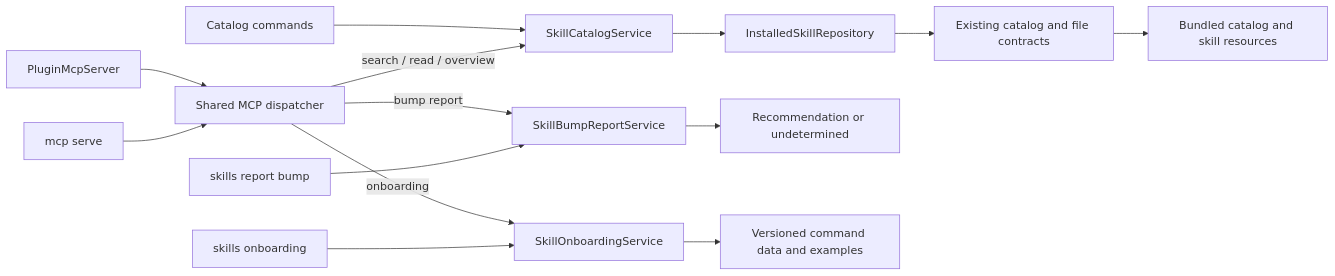
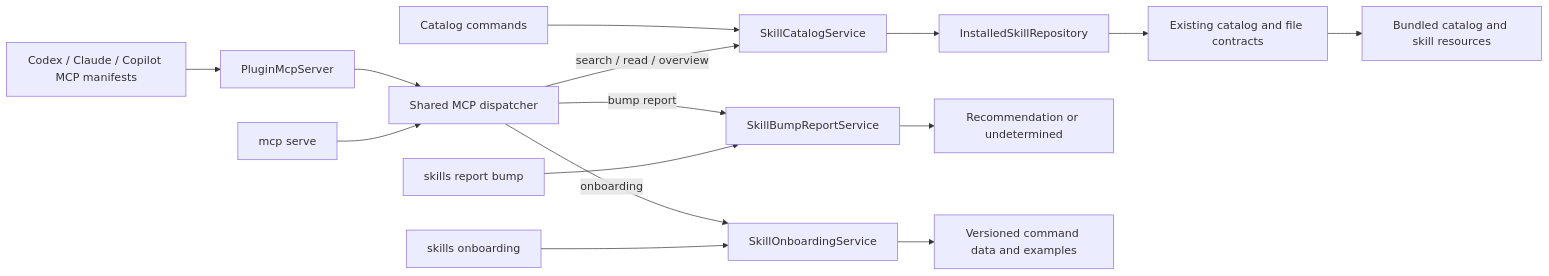
One commit to i-9-ai/skills changed the fifth of 8 diagrams in docs/Architecture.md. Above: the diagram before and after it, drawn with Mermaid. The commit also changed other lines of this file and 10 other files, not shown here.

Commit message:
docs: refresh current skill entry-path diagrams

````diff
--- a/docs/Architecture.md
+++ b/docs/Architecture.md
@@ -98,16 +133,17 @@
 ```mermaid
 flowchart LR
     CLI[Catalog commands] --> Catalog[SkillCatalogService]
-    Plugin[PluginMcpServer] --> MCP[Shared MCP dispatcher]
+    Hosts[Codex / Claude / Copilot MCP manifests] --> Plugin[PluginMcpServer]
+    Plugin --> MCP[Shared MCP dispatcher]
     Serve[mcp serve] --> MCP
     MCP -->|search / read / overview| Catalog
     Catalog --> Installed[InstalledSkillRepository]
     Installed --> Validation[Existing catalog and file contracts]
     Validation --> Bundled[Bundled catalog and skill resources]
     MCP -->|bump report| Bump[SkillBumpReportService]
     ReportCLI[skills report bump] --> Bump
     Bump --> Recommendation[Recommendation or undetermined]
     MCP -->|onboarding| Onboarding[SkillOnboardingService]
     GuideCLI[skills onboarding] --> Onboarding
     Onboarding --> Guide[Versioned command data and examples]
 ```
````
